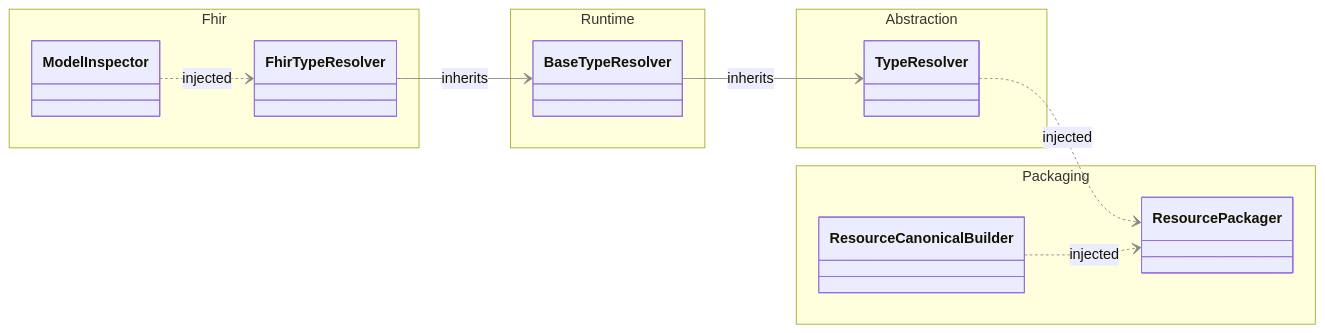
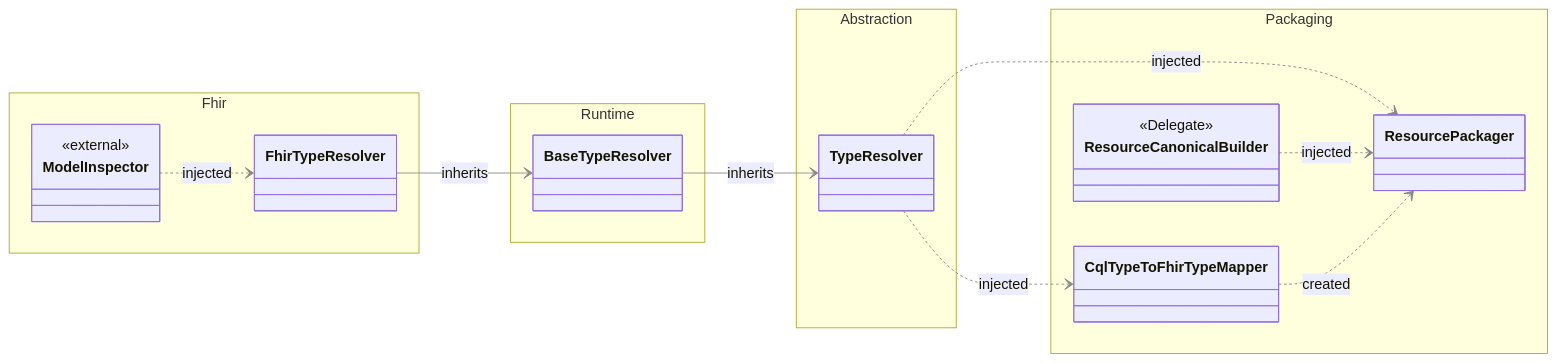
One commit to FirelyTeam/firely-cql-sdk changed the second of 3 diagrams in docs/dependency-diagrams.md. Above: the diagram before and after it, drawn with Mermaid. The commit also changed other lines of this file, not shown here.

First line of the commit message:
Fix drift in PackagingToolkitServices and CqlToolkitServices dependency diagrams

````diff
--- a/docs/dependency-diagrams.md
+++ b/docs/dependency-diagrams.md
@@ -106,39 +109,46 @@
 ```mermaid
 %%{init: {
     'themeVariables':{  
       'lineColor': '#888',
       'lineWidth': 4
 }}}%%
 
 classDiagram
 
     direction LR
 
     namespace Packaging {
         class ResourcePackager { }
-        class ResourceCanonicalBuilder { }
+        class ResourceCanonicalBuilder {
+            <<Delegate>>
+        }
+        class CqlTypeToFhirTypeMapper { }
     }
 
     namespace Abstraction {
         class TypeResolver { }
     }
 
     namespace Runtime {
         class BaseTypeResolver { }
     }
 
     namespace Fhir {
         class FhirTypeResolver { }
-        class ModelInspector { }
+        class ModelInspector {
+            <<external>>
+        }
     }
 
     %% Inheritance  
     BaseTypeResolver --> TypeResolver : inherits
     FhirTypeResolver --> BaseTypeResolver : inherits
     
     %% Dependencies                                                 
     TypeResolver ..> ResourcePackager : injected
     ResourceCanonicalBuilder ..> ResourcePackager : injected
+    TypeResolver ..> CqlTypeToFhirTypeMapper : injected
+    CqlTypeToFhirTypeMapper ..> ResourcePackager : created
     
     ModelInspector ..> FhirTypeResolver : injected
 ```
````
